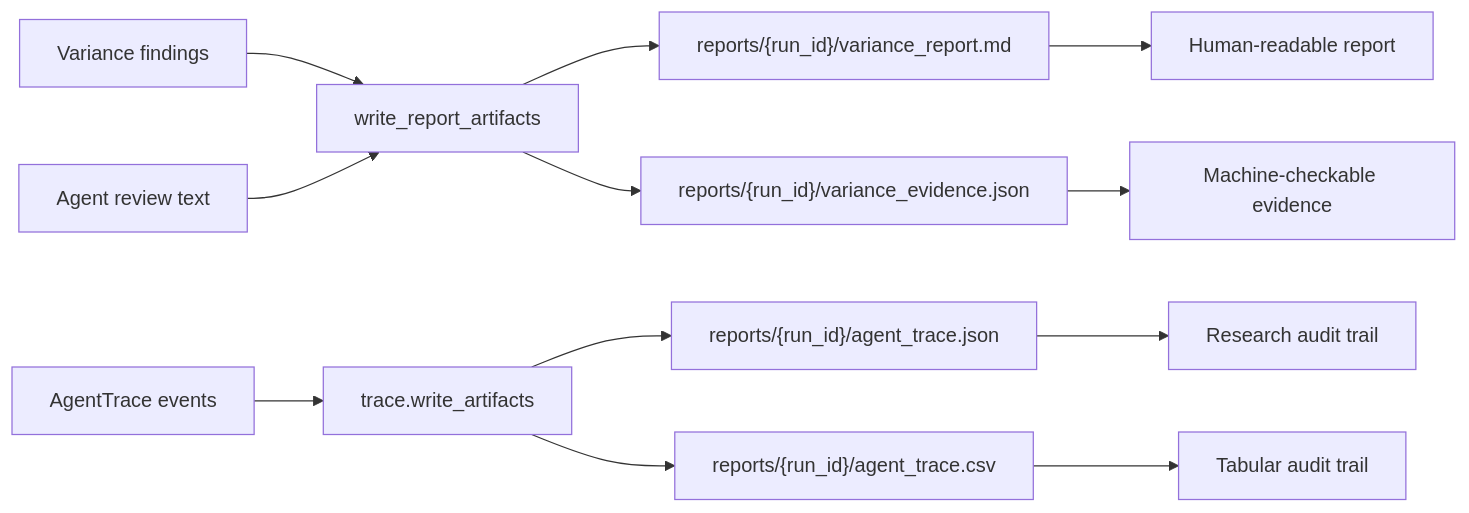
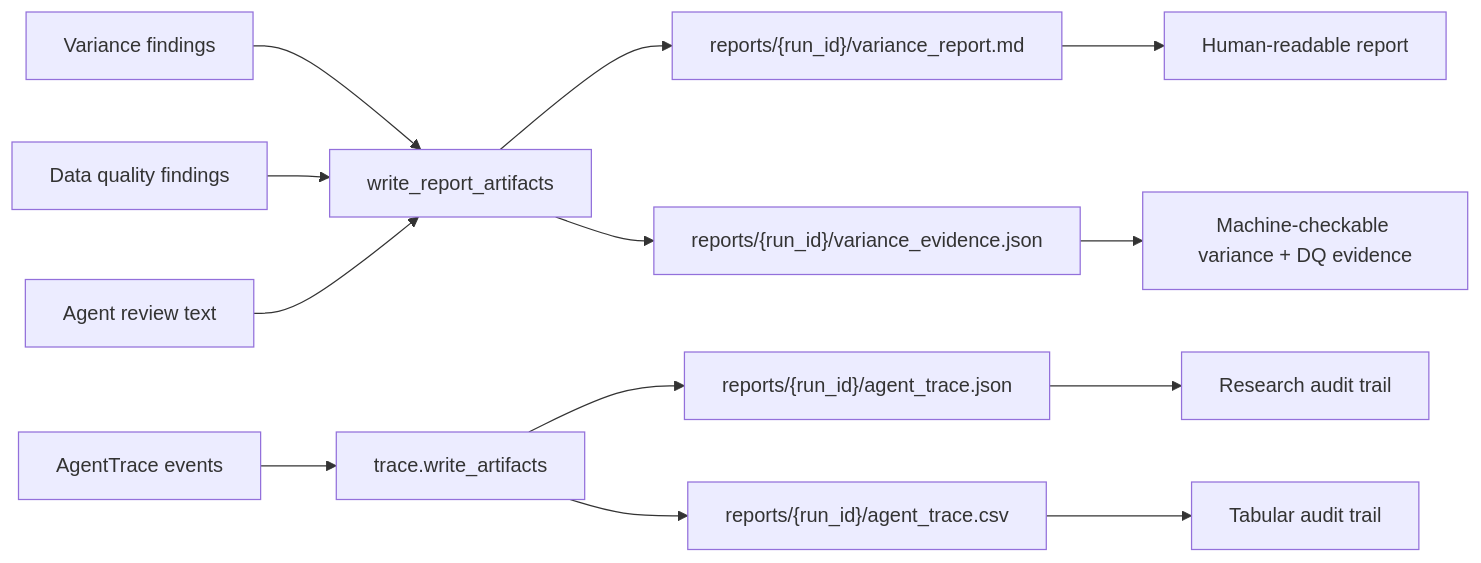
The seventh of 8 diagrams in README.md (gustavorubim/sql-da), drawn with Mermaid before and after one commit. The commit also changed other lines of this file and 15 other files, not shown here.

First line of the commit message:
docs: Update README with data quality features and adjusted demo dataset

````diff
--- a/README.md
+++ b/README.md
@@ -377,16 +407,17 @@
 ```mermaid
 flowchart LR
     Findings["Variance findings"] --> ReportWriter["write_report_artifacts"]
+    DQFindings["Data quality findings"] --> ReportWriter
     AgentReview["Agent review text"] --> ReportWriter
     ReportWriter --> Markdown["reports/{run_id}/variance_report.md"]
     ReportWriter --> Evidence["reports/{run_id}/variance_evidence.json"]
 
     TraceEvents["AgentTrace events"] --> TraceWriter["trace.write_artifacts"]
     TraceWriter --> JsonTrace["reports/{run_id}/agent_trace.json"]
     TraceWriter --> CsvTrace["reports/{run_id}/agent_trace.csv"]
 
     Markdown --> UserReview["Human-readable report"]
-    Evidence --> ProgrammaticReview["Machine-checkable evidence"]
+    Evidence --> ProgrammaticReview["Machine-checkable variance + DQ evidence"]
     JsonTrace --> ResearchAudit["Research audit trail"]
     CsvTrace --> SpreadsheetReview["Tabular audit trail"]
 ```
````
